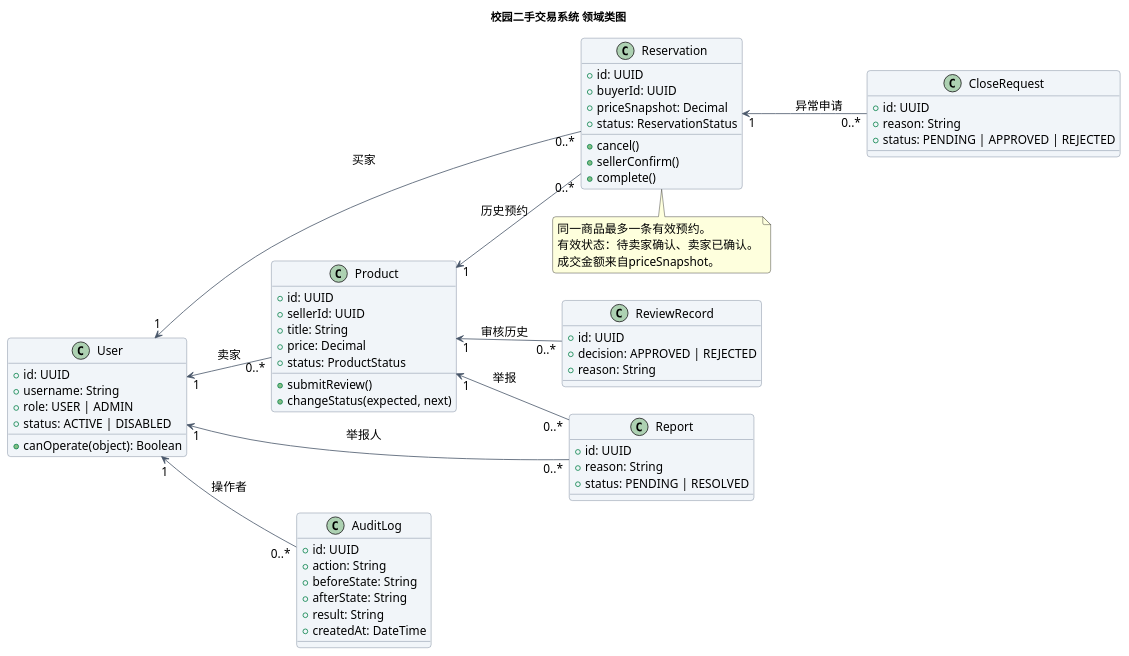
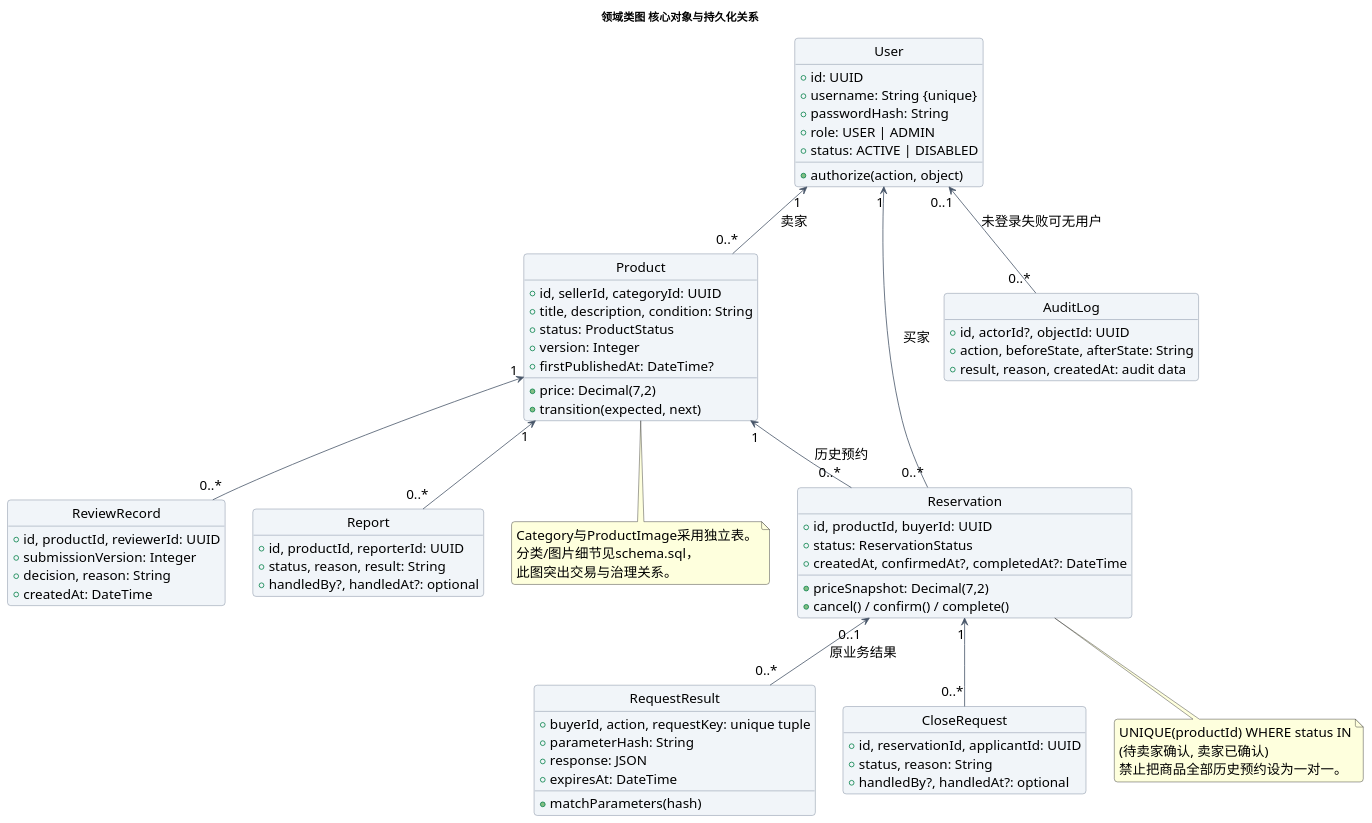
One commit to ghost-register/software-engineering-lab1 changed the diagram in lab2/UML/UML类图.puml. Above: the diagram before and after it, drawn with PlantUML. The commit also changed 16 other files, not shown here.

```diff
--- a/lab2/UML/UML类图.puml
+++ b/lab2/UML/UML类图.puml
@@ -1,75 +1,86 @@
 @startuml
 skinparam defaultFontName Microsoft YaHei
+skinparam defaultFontSize 17
 skinparam backgroundColor white
 skinparam shadowing false
 skinparam roundcorner 8
 skinparam ArrowColor #475569
 skinparam classBackgroundColor #F1F5F9
 skinparam classBorderColor #64748B
 skinparam componentBackgroundColor #EFF6FF
 skinparam componentBorderColor #64748B
-skinparam defaultFontSize 15
-title 校园二手交易系统 领域类图
-left to right direction
+title 领域类图 核心对象与持久化关系
+top to bottom direction
+hide circle
+hide empty methods
 class User {
  +id: UUID
- +username: String
+ +username: String {unique}
+ +passwordHash: String
  +role: USER | ADMIN
  +status: ACTIVE | DISABLED
- +canOperate(object): Boolean
+ +authorize(action, object)
 }
 class Product {
- +id: UUID
- +sellerId: UUID
- +title: String
- +price: Decimal
+ +id, sellerId, categoryId: UUID
+ +title, description, condition: String
+ +price: Decimal(7,2)
  +status: ProductStatus
- +submitReview()
- +changeStatus(expected, next)
+ +version: Integer
+ +firstPublishedAt: DateTime?
+ +transition(expected, next)
 }
 class Reservation {
- +id: UUID
- +buyerId: UUID
- +priceSnapshot: Decimal
+ +id, productId, buyerId: UUID
+ +priceSnapshot: Decimal(7,2)
  +status: ReservationStatus
- +cancel()
- +sellerConfirm()
- +complete()
+ +createdAt, confirmedAt?, completedAt?: DateTime
+ +cancel() / confirm() / complete()
+}
+class RequestResult {
+ +buyerId, action, requestKey: unique tuple
+ +parameterHash: String
+ +response: JSON
+ +expiresAt: DateTime
+ +matchParameters(hash)
 }
 class ReviewRecord {
- +id: UUID
- +decision: APPROVED | REJECTED
- +reason: String
+ +id, productId, reviewerId: UUID
+ +submissionVersion: Integer
+ +decision, reason: String
+ +createdAt: DateTime
 }
 class Report {
- +id: UUID
- +reason: String
- +status: PENDING | RESOLVED
+ +id, productId, reporterId: UUID
+ +status, reason, result: String
+ +handledBy?, handledAt?: optional
 }
 class CloseRequest {
- +id: UUID
- +reason: String
- +status: PENDING | APPROVED | REJECTED
+ +id, reservationId, applicantId: UUID
+ +status, reason: String
+ +handledBy?, handledAt?: optional
 }
 class AuditLog {
- +id: UUID
- +action: String
- +beforeState: String
- +afterState: String
- +result: String
- +createdAt: DateTime
+ +id, actorId?, objectId: UUID
+ +action, beforeState, afterState: String
+ +result, reason, createdAt: audit data
 }
 User "1" <-- "0..*" Product : 卖家
 User "1" <-- "0..*" Reservation : 买家
 Product "1" <-- "0..*" Reservation : 历史预约
-Product "1" <-- "0..*" ReviewRecord : 审核历史
-Product "1" <-- "0..*" Report : 举报
-User "1" <-- "0..*" Report : 举报人
-Reservation "1" <-- "0..*" CloseRequest : 异常申请
-User "1" <-- "0..*" AuditLog : 操作者
+Reservation "0..1" <-- "0..*" RequestResult : 原业务结果
+Product "1" <-- "0..*" ReviewRecord
+Product "1" <-- "0..*" Report
+Reservation "1" <-- "0..*" CloseRequest
+User "0..1" <-- "0..*" AuditLog : 未登录失败可无用户
 note bottom of Reservation
-同一商品最多一条有效预约。
-有效状态：待卖家确认、卖家已确认。
-成交金额来自priceSnapshot。
+UNIQUE(productId) WHERE status IN
+(待卖家确认, 卖家已确认)
+禁止把商品全部历史预约设为一对一。
+end note
+note bottom of Product
+Category与ProductImage采用独立表。
+分类/图片细节见schema.sql，
+此图突出交易与治理关系。
 end note
 @enduml
```
